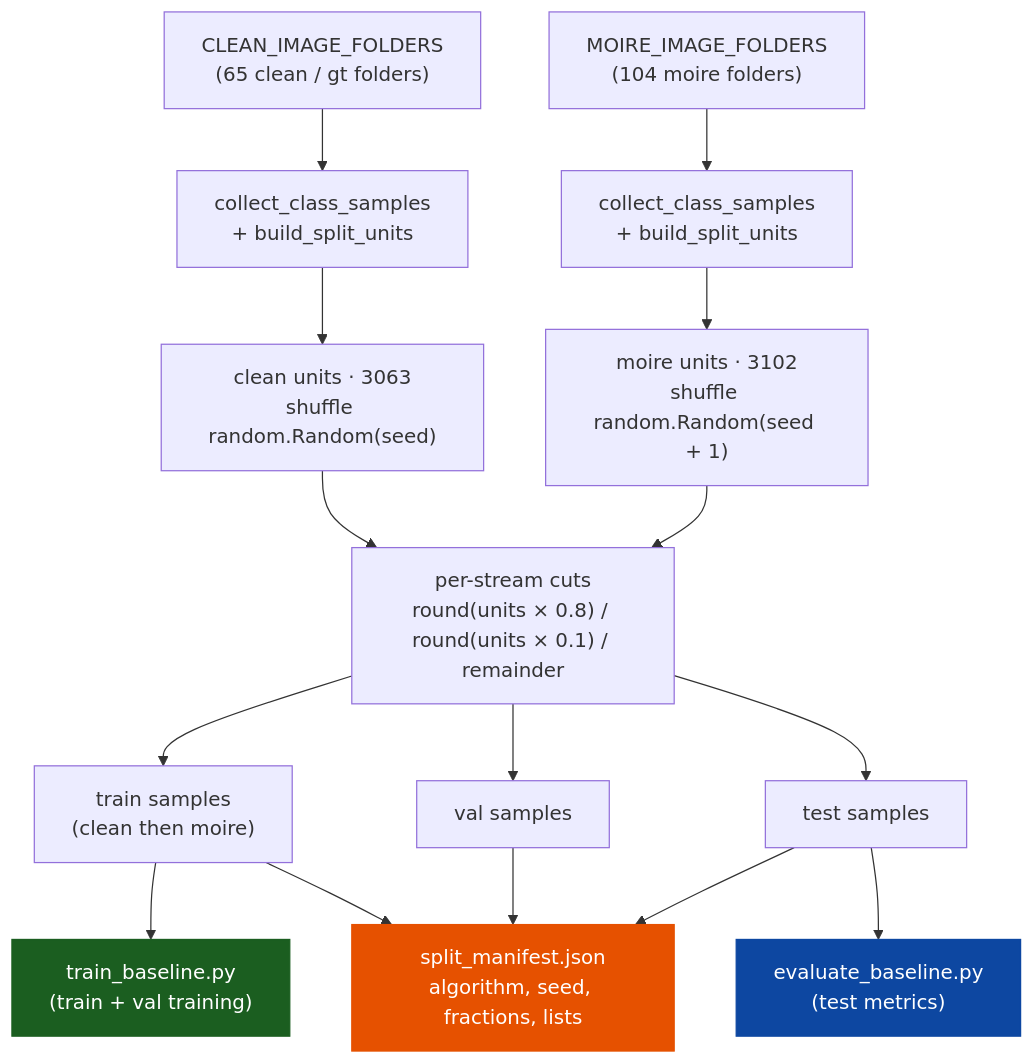
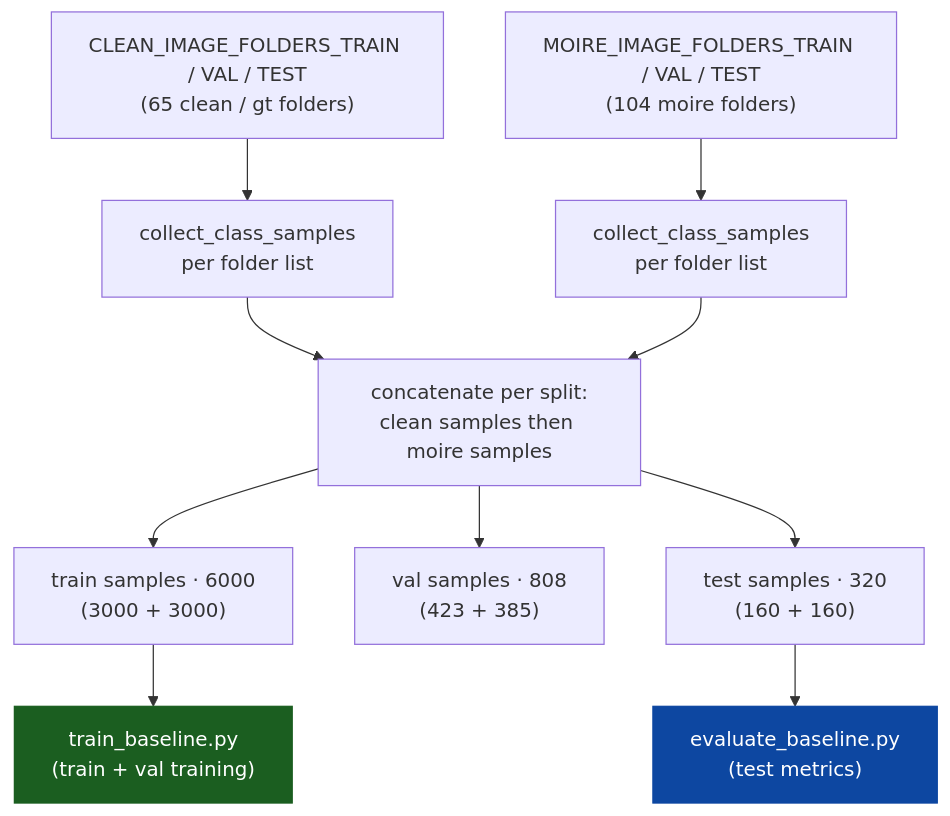
One commit to babak-abad/Spatial-Moire-Effect-Detection changed the diagram in docs/dataset.md. Above: the diagram before and after it, drawn with Mermaid. The commit also changed other lines of this file and 11 other files, not shown here.

````diff
--- a/docs/dataset.md
+++ b/docs/dataset.md
@@ -98,20 +82,14 @@
 ```mermaid
 flowchart TD
-    A["CLEAN_IMAGE_FOLDERS<br/>(65 clean / gt folders)"] --> C["collect_class_samples<br/>+ build_split_units"]
-    B["MOIRE_IMAGE_FOLDERS<br/>(104 moire folders)"] --> D["collect_class_samples<br/>+ build_split_units"]
-    C --> E["clean units · 3063<br/>shuffle random.Random(seed)"]
-    D --> F["moire units · 3102<br/>shuffle random.Random(seed + 1)"]
-    E --> G["per-stream cuts<br/>round(units × 0.8) / round(units × 0.1) / remainder"]
-    F --> G
-    G --> H["train samples<br/>(clean then moire)"]
-    G --> I["val samples"]
-    G --> J["test samples"]
+    A["CLEAN_IMAGE_FOLDERS_TRAIN / VAL / TEST<br/>(65 clean / gt folders)"] --> C["collect_class_samples<br/>per folder list"]
+    B["MOIRE_IMAGE_FOLDERS_TRAIN / VAL / TEST<br/>(104 moire folders)"] --> D["collect_class_samples<br/>per folder list"]
+    C --> G["concatenate per split:<br/>clean samples then moire samples"]
+    D --> G
+    G --> H["train samples · 6000<br/>(3000 + 3000)"]
+    G --> I["val samples · 808<br/>(423 + 385)"]
+    G --> J["test samples · 320<br/>(160 + 160)"]
     H --> L["train_baseline.py<br/>(train + val training)"]
     J --> M["evaluate_baseline.py<br/>(test metrics)"]
-    H --> N["split_manifest.json<br/>algorithm, seed, fractions, lists"]
-    I --> N
-    J --> N
     style L fill:#1b5e20,stroke:#1b5e20,color:#ffffff
     style M fill:#0d47a1,stroke:#0d47a1,color:#ffffff
-    style N fill:#e65100,stroke:#e65100,color:#ffffff
 ```
````
